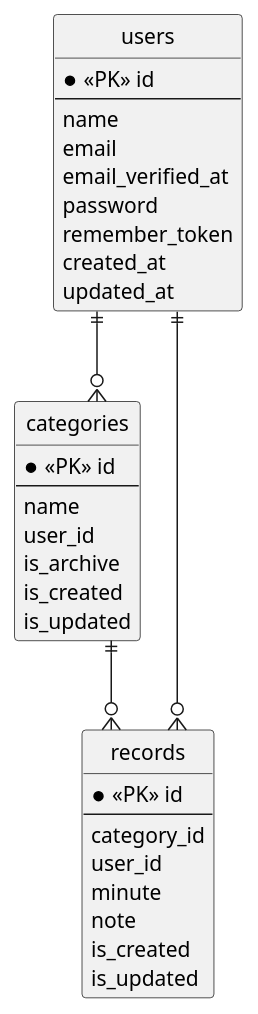
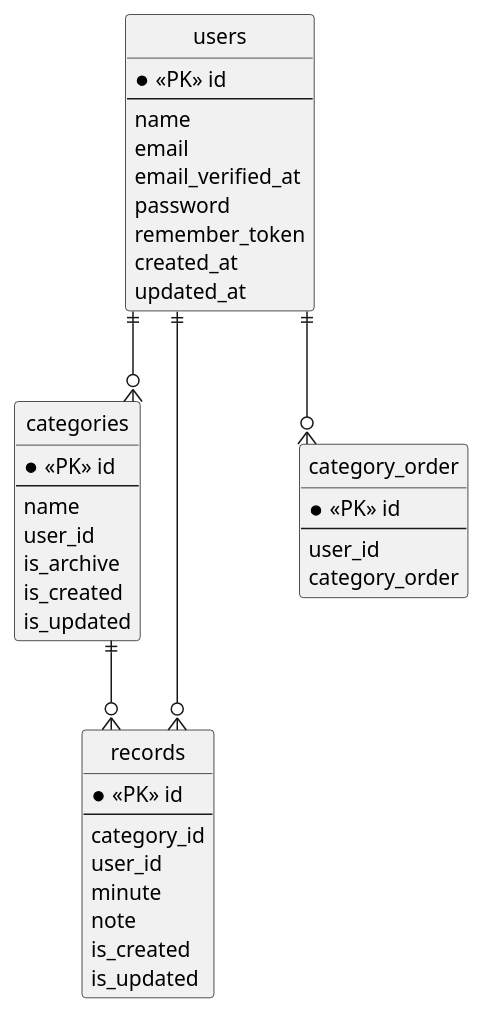
The diagram in document/er-figure.pu (nakajima97/laravel-learning-record-app-v2), drawn with PlantUML before and after one commit.

Commit message:
#83 ER図にcategory_orderを追加

```diff
--- a/document/er-figure.pu
+++ b/document/er-figure.pu
@@ -1,43 +1,50 @@
 @startuml er-figure
 hide circle
 skinparam linetype ortho
 
 entity "users" as users {
   * <<PK>> id
   --
   name
   email
   email_verified_at
   password
   remember_token
   created_at
   updated_at
 }
 
 entity "categories" as categories {
     * <<PK>> id
     --
     name
     user_id
     is_archive
     is_created
     is_updated
 }
 
 entity "records" as records {
     * <<PK>> id
     --
     category_id
     user_id
     minute
     note
     is_created
     is_updated
 }
 
+entity "category_order" as category_order {
+    * <<PK>> id
+    --
+    user_id
+    category_order
+}
+
 users ||--o{ categories
 users ||--o{ records
+users ||--o{ category_order
 categories ||--o{ records
 
-
 @enduml
```
